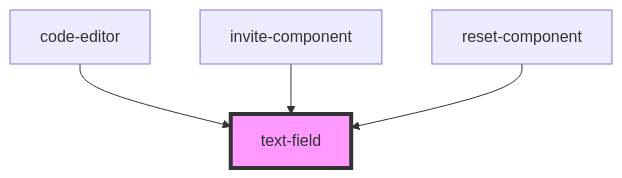
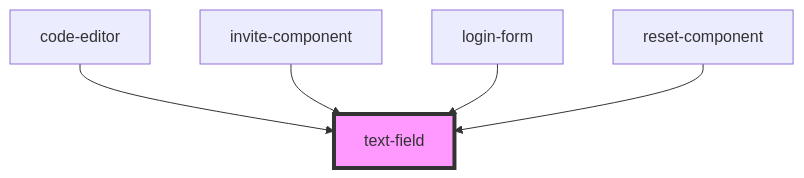
Before and after one commit to techvariable/NeptuneConnectComponents: the diagram in src/components/common/text-field/readme.md, drawn with Mermaid. The commit also changed other lines of this file and 27 other files, not shown here.

````diff
--- a/src/components/common/text-field/readme.md
+++ b/src/components/common/text-field/readme.md
@@ -30,7 +31,8 @@
 ```mermaid
 graph TD;
   code-editor --> text-field
   invite-component --> text-field
+  login-form --> text-field
   reset-component --> text-field
   style text-field fill:#f9f,stroke:#333,stroke-width:4px
 ```
````
